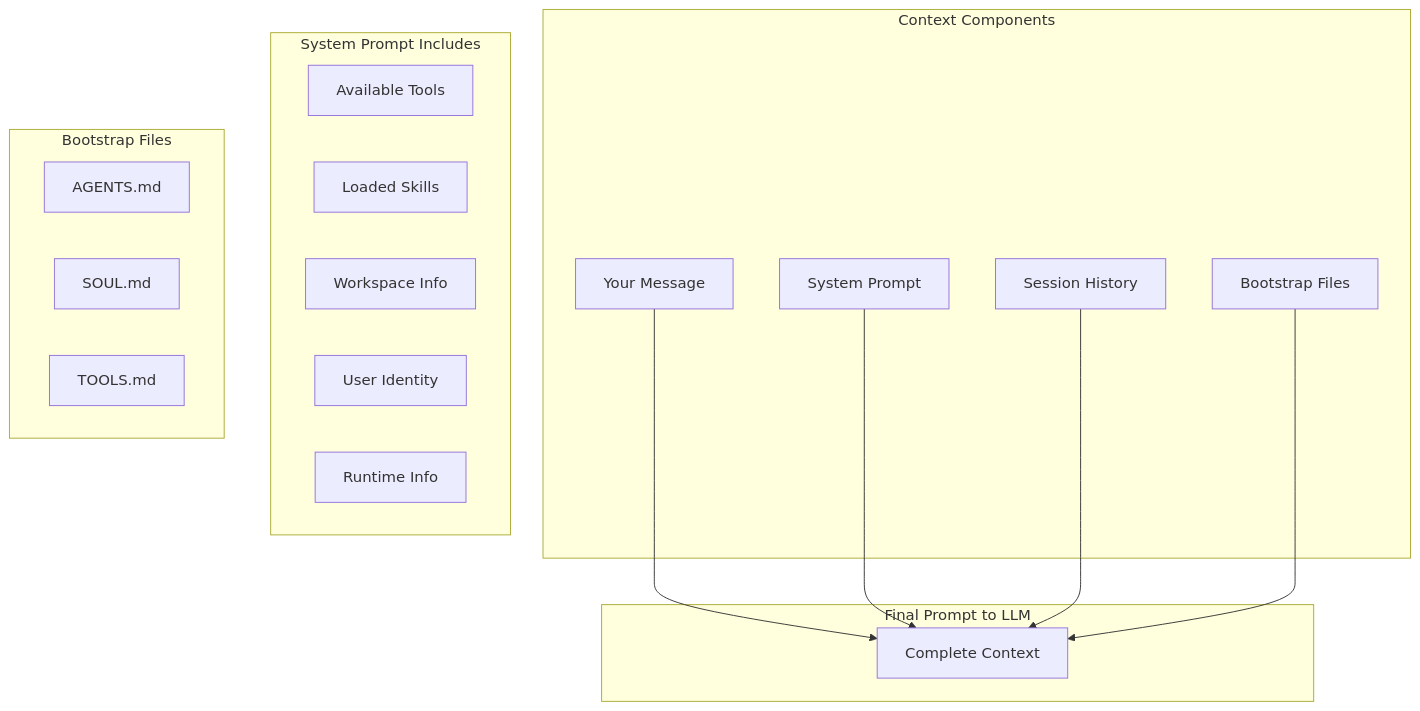
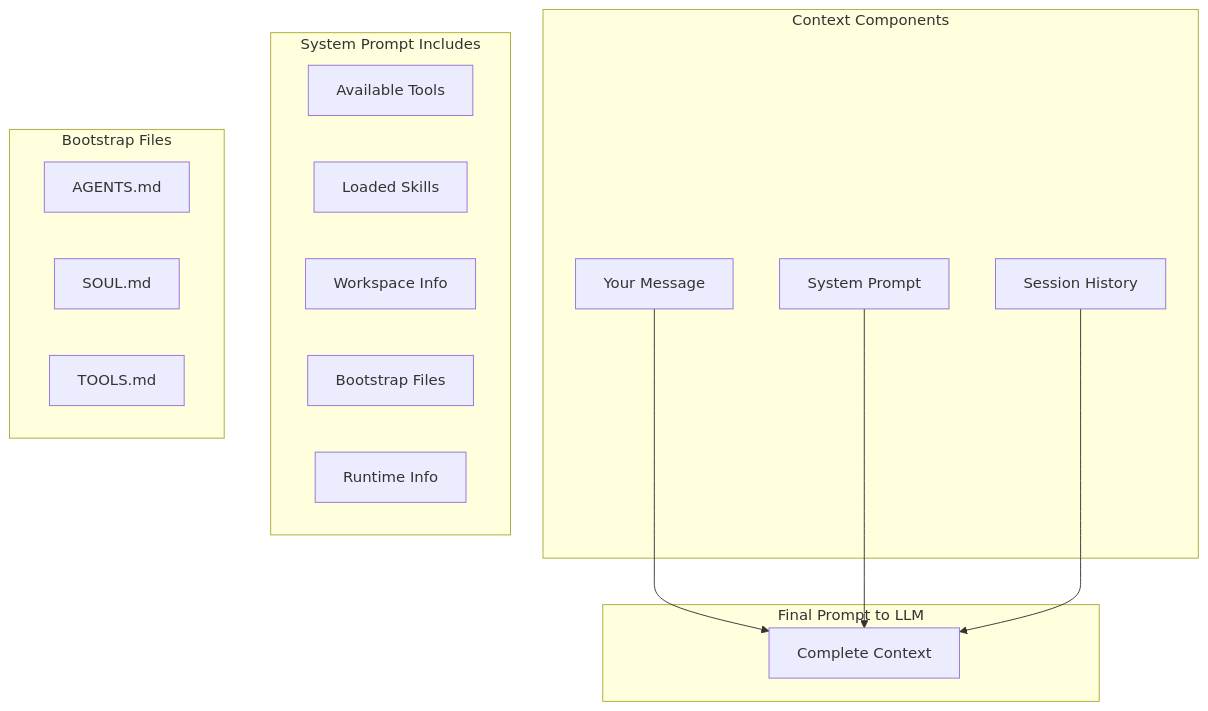
One commit to grl-builder/clawdbot-notes changed the first of 2 diagrams in agent-context-and-runtime.md. Above: the diagram before and after it, drawn with Mermaid. The commit also changed other lines of this file and 4 other files, not shown here.

````diff
--- a/agent-context-and-runtime.md
+++ b/agent-context-and-runtime.md
@@ -25,27 +17,26 @@
 ```mermaid
 graph TB
     subgraph assembled [Final Prompt to LLM]
         F[Complete Context]
     end
     
     subgraph components [Context Components]
         A[Your Message] --> F
         B[System Prompt] --> F
         C[Session History] --> F
-        D[Bootstrap Files] --> F
     end
     
     subgraph sysPromptDetails [System Prompt Includes]
         B1[Available Tools]
         B2[Loaded Skills]
         B3[Workspace Info]
-        B4[User Identity]
+        B4[Bootstrap Files]
         B5[Runtime Info]
     end
     
     subgraph bootstrapDetails [Bootstrap Files]
         D1[AGENTS.md]
         D2[SOUL.md]
         D3[TOOLS.md]
     end
 ```
````
